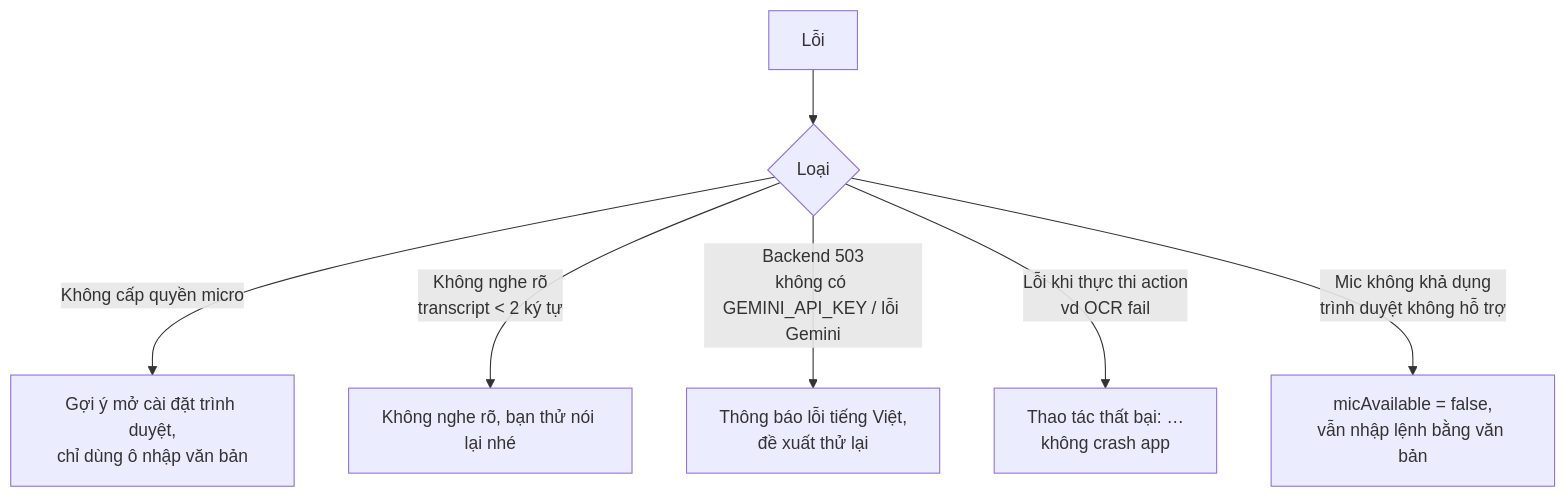
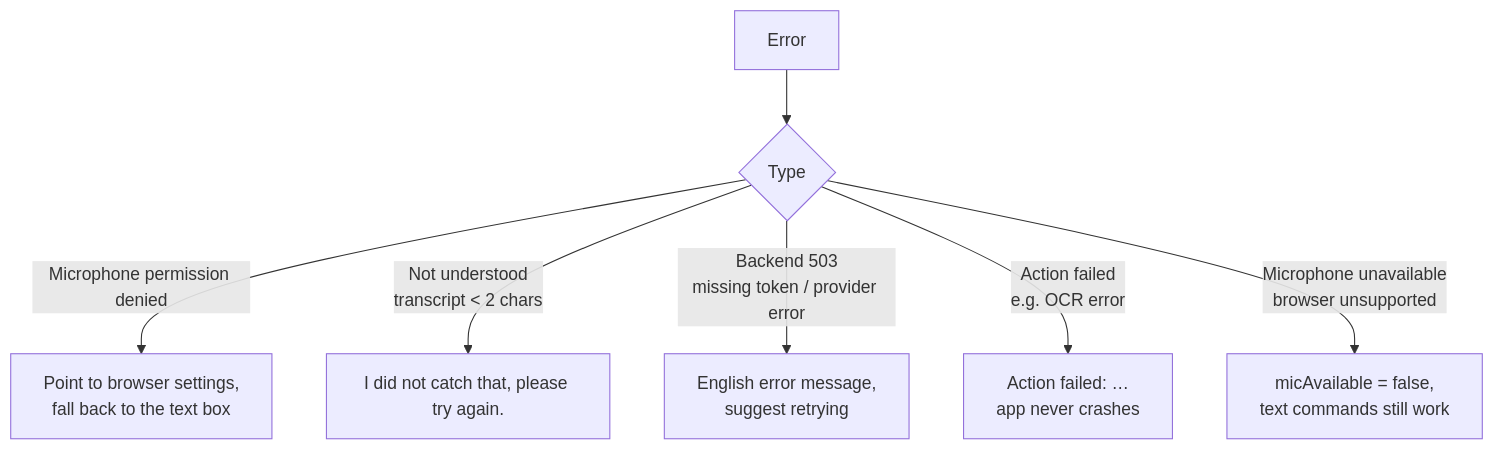
Before and after one commit to VuHoangGit/testss: the sixth of 6 diagrams in docs/voice-flows.md, drawn with Mermaid. The commit also changed other lines of this file and 63 other files, not shown here.

````diff
--- a/docs/voice-flows.md
+++ b/docs/voice-flows.md
@@ -111,9 +113,9 @@
 ```mermaid
 flowchart TD
-    A[Lỗi] --> B{Loại}
-    B -- Không cấp quyền micro --> C[Gợi ý mở cài đặt trình duyệt,<br/>chỉ dùng ô nhập văn bản]
-    B -- Không nghe rõ<br/>transcript < 2 ký tự --> D["Không nghe rõ, bạn thử nói lại nhé"]
-    B -- Backend 503<br/>không có GEMINI_API_KEY / lỗi Gemini --> E[Thông báo lỗi tiếng Việt,<br/>đề xuất thử lại]
-    B -- Lỗi khi thực thi action<br/>vd OCR fail --> F["Thao tác thất bại: …"<br/>không crash app]
-    B -- Mic không khả dụng<br/>trình duyệt không hỗ trợ --> G[micAvailable = false,<br/>vẫn nhập lệnh bằng văn bản]
+    A[Error] --> B{Type}
+    B -- Microphone permission denied --> C[Point to browser settings,<br/>fall back to the text box]
+    B -- Not understood<br/>transcript < 2 chars --> D["I did not catch that, please try again."]
+    B -- Backend 503<br/>missing token / provider error --> E[English error message,<br/>suggest retrying]
+    B -- Action failed<br/>e.g. OCR error --> F["Action failed: …"<br/>app never crashes]
+    B -- Microphone unavailable<br/>browser unsupported --> G[micAvailable = false,<br/>text commands still work]
 ```
````
